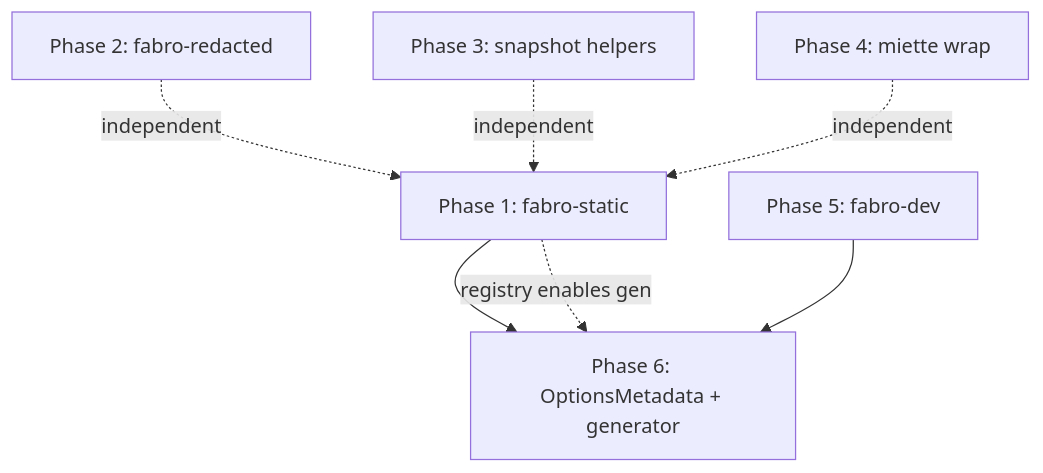
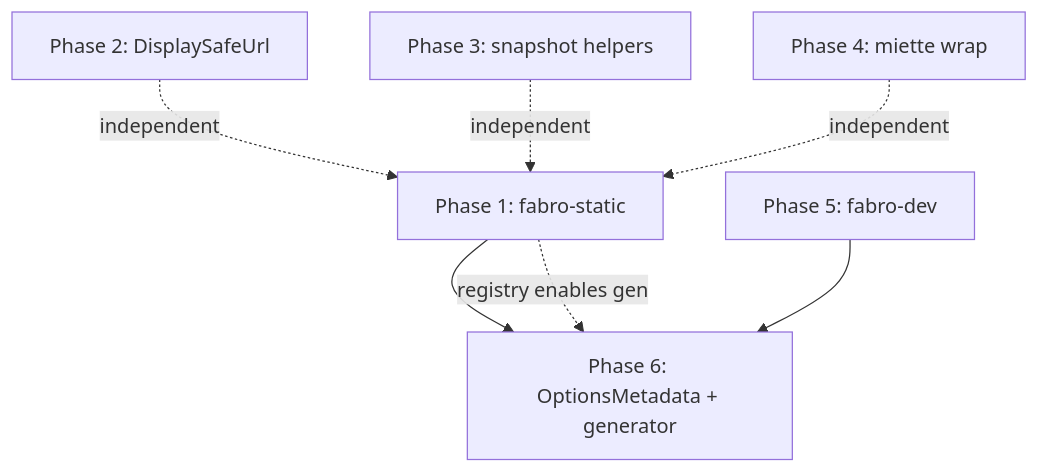
The diagram in docs/plans/2026-04-24-001-refactor-adopt-uv-patterns-plan.md (haroldolivieri/fabro), drawn with Mermaid before and after one commit. The commit also changed other lines of this file and 24 other files, not shown here.

First line of the commit message:
refactor(redact): make credentialed URL logging safe

````diff
--- a/docs/plans/2026-04-24-001-refactor-adopt-uv-patterns-plan.md
+++ b/docs/plans/2026-04-24-001-refactor-adopt-uv-patterns-plan.md
@@ -243,9 +244,9 @@
 ```mermaid
 flowchart TB
     P1[Phase 1: fabro-static] --> P6[Phase 6: OptionsMetadata + generator]
-    P2[Phase 2: fabro-redacted] -.independent.-> P1
+    P2[Phase 2: DisplaySafeUrl] -.independent.-> P1
     P3[Phase 3: snapshot helpers] -.independent.-> P1
     P4[Phase 4: miette wrap] -.independent.-> P1
     P5[Phase 5: fabro-dev] --> P6
     P1 -.registry enables gen.-> P6
 ```
````
